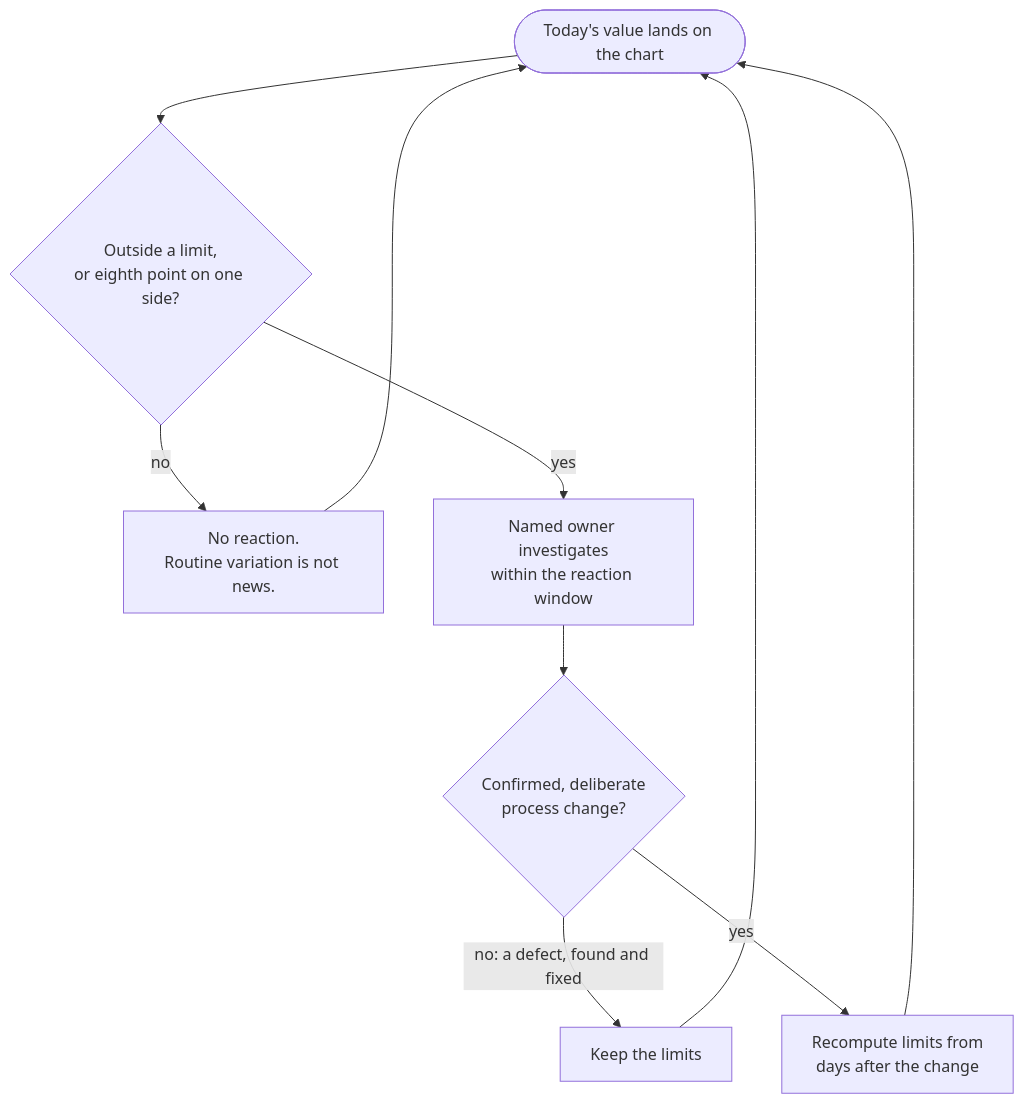
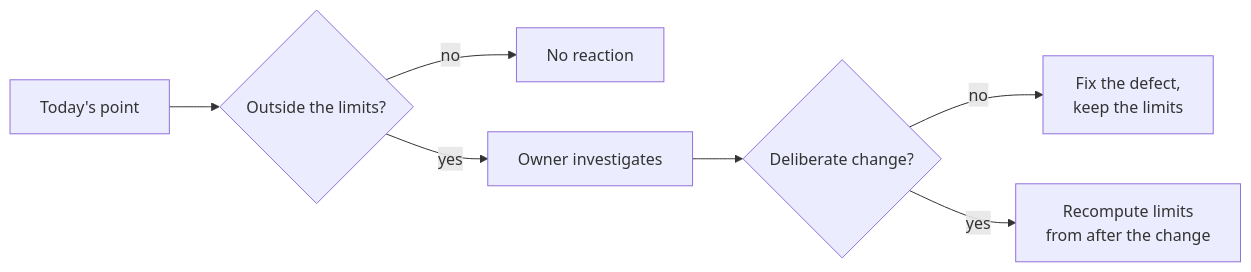
The diagram in docs/modules/01-ai-data-quality/statistical-process-control-for-pipelines.md (h3qing/open-analytics-framework), drawn with Mermaid before and after one commit. The commit also changed other lines of this file, not shown here.

Commit message:
docs: a first-person voice, a shorter position, and the method in one table

````diff
--- a/docs/modules/01-ai-data-quality/statistical-process-control-for-pipelines.md
+++ b/docs/modules/01-ai-data-quality/statistical-process-control-for-pipelines.md
@@ -87,12 +106,9 @@
 ```mermaid
-flowchart TD
-    P(["Today's value lands on the chart"]) --> Q{"Outside a limit,<br/>or eighth point on one side?"}
-    Q -->|no| N["No reaction.<br/>Routine variation is not news."]
-    Q -->|yes| I["Named owner investigates<br/>within the reaction window"]
-    I --> C{"Confirmed, deliberate<br/>process change?"}
-    C -->|"no: a defect, found and fixed"| K["Keep the limits"]
-    C -->|yes| R["Recompute limits from<br/>days after the change"]
-    N --> P
-    K --> P
-    R --> P
+flowchart LR
+    A["Today's point"] --> B{"Outside the limits?"}
+    B -->|no| C["No reaction"]
+    B -->|yes| D["Owner investigates"]
+    D --> E{"Deliberate change?"}
+    E -->|no| F["Fix the defect,<br/>keep the limits"]
+    E -->|yes| G["Recompute limits<br/>from after the change"]
 ```
````
